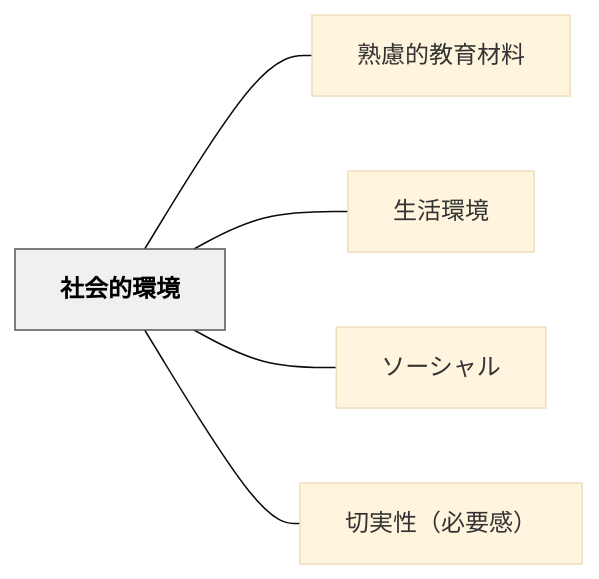
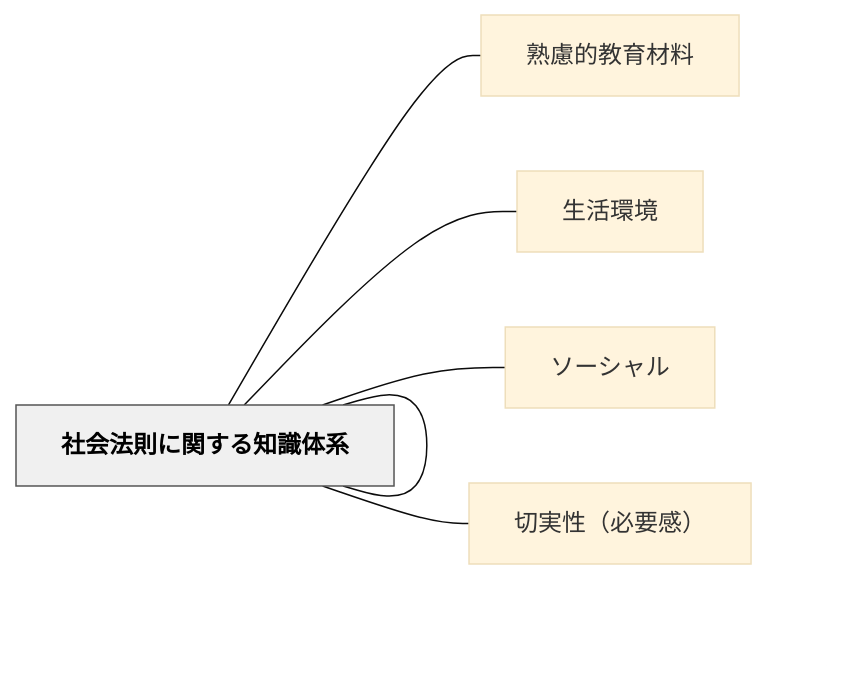
One commit to unknownthings-ed-patterns/unknownthings-ed-patterns changed the diagram in content/パタン/社会的環境.md. Above: the diagram before and after it, drawn with Mermaid (base theme). The commit also changed other lines of this file and 473 other files, not shown here.

````diff
--- a/content/パタン/社会的環境.md
+++ b/content/パタン/社会的環境.md
@@ -45,16 +46,18 @@
 ```mermaid
 flowchart LR
     ne7a4bee4bc9a["社会的環境"]
+    ne7a4bee4bc9a["社会法則に関する知識体系"]
     ne7869fe685ae["熟慮的教育材料"]
     ne7949fe6b4bb["生活環境"]
     ne382bde383bc["ソーシャル"]
     ne58887e5ae9f["切実性（必要感）"]
 
+    ne7a4bee4bc9a --- ne7a4bee4bc9a
     ne7a4bee4bc9a --- ne7869fe685ae
     ne7a4bee4bc9a --- ne7949fe6b4bb
     ne7a4bee4bc9a --- ne382bde383bc
     ne7a4bee4bc9a --- ne58887e5ae9f
 
     classDef hub fill:#f0f0f0,stroke:#555,color:#000,font-weight:bold
     class ne7a4bee4bc9a hub
 ```
````
